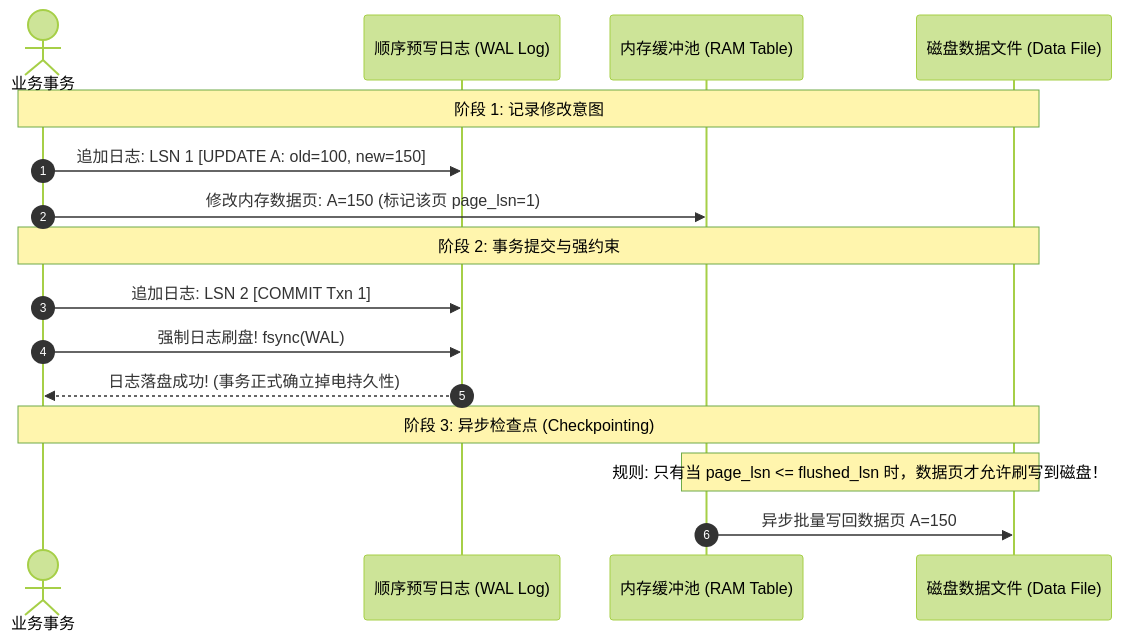
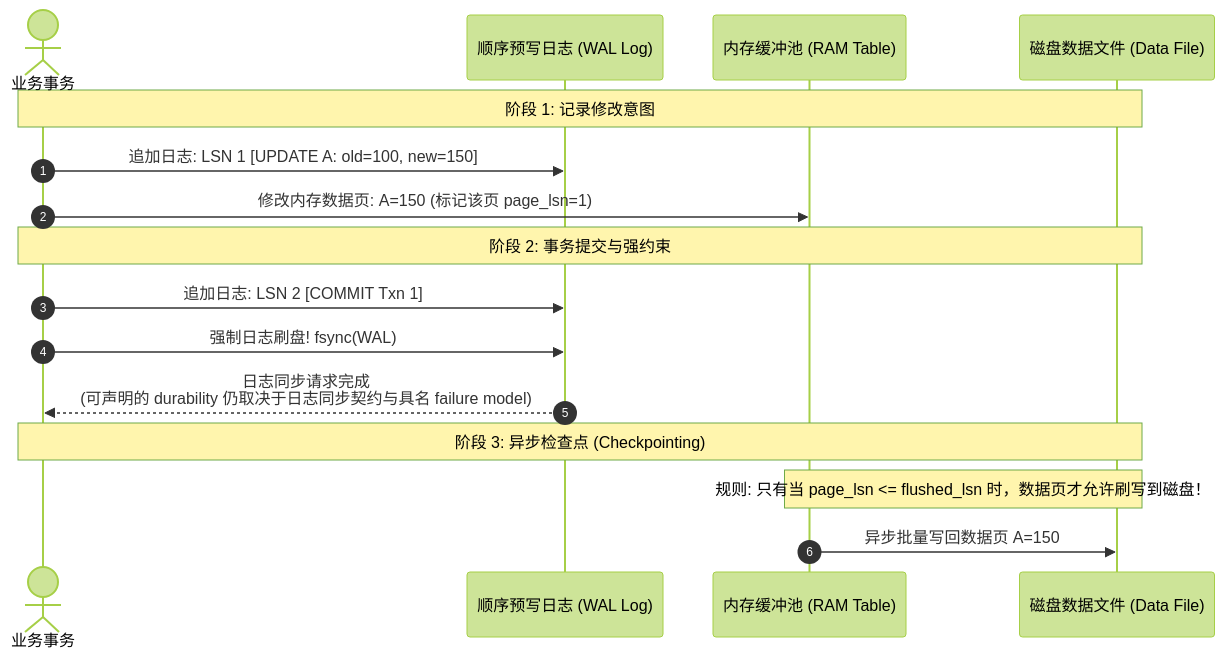
The third of 3 diagrams in book/09-storage-engine-durable-storage/L09-01.md (CN-JJB/essential-cs), drawn with Mermaid (forest theme) before and after one commit. The commit also changed other lines of this file, not shown here.

Commit message:
Lead SIMPLE FIX: separate WAL ordering from durability and full ARIES

````diff
--- a/book/09-storage-engine-durable-storage/L09-01.md
+++ b/book/09-storage-engine-durable-storage/L09-01.md
@@ -168,21 +168,21 @@
 ```mermaid
 sequenceDiagram
     autonumber
     actor App as 业务事务
     participant WAL as 顺序预写日志 (WAL Log)
     participant BufferPool as 内存缓冲池 (RAM Table)
     participant DiskTable as 磁盘数据文件 (Data File)
 
     Note over App, DiskTable: 阶段 1: 记录修改意图
     App->>WAL: 追加日志: LSN 1 [UPDATE A: old=100, new=150]
     App->>BufferPool: 修改内存数据页: A=150 (标记该页 page_lsn=1)
 
     Note over App, DiskTable: 阶段 2: 事务提交与强约束
     App->>WAL: 追加日志: LSN 2 [COMMIT Txn 1]
     App->>WAL: 强制日志刷盘! fsync(WAL)
-    WAL-->>App: 日志落盘成功! (事务正式确立掉电持久性)
+    WAL-->>App: 日志同步请求完成<br>(可声明的 durability 仍取决于日志同步契约与具名 failure model)
 
     Note over App, DiskTable: 阶段 3: 异步检查点 (Checkpointing)
     Note over BufferPool, DiskTable: 规则: 只有当 page_lsn <= flushed_lsn 时，数据页才允许刷写到磁盘！
     BufferPool->>DiskTable: 异步批量写回数据页 A=150
 ```
````
